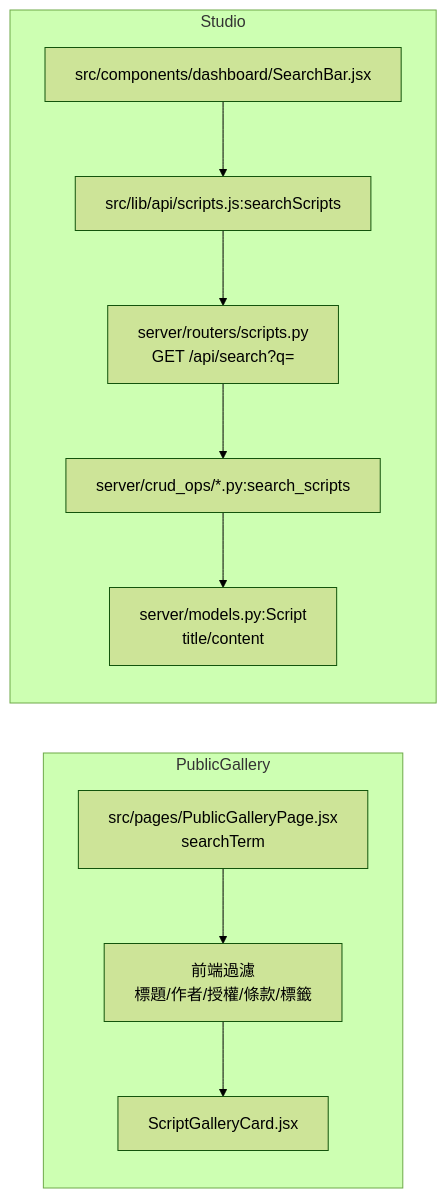
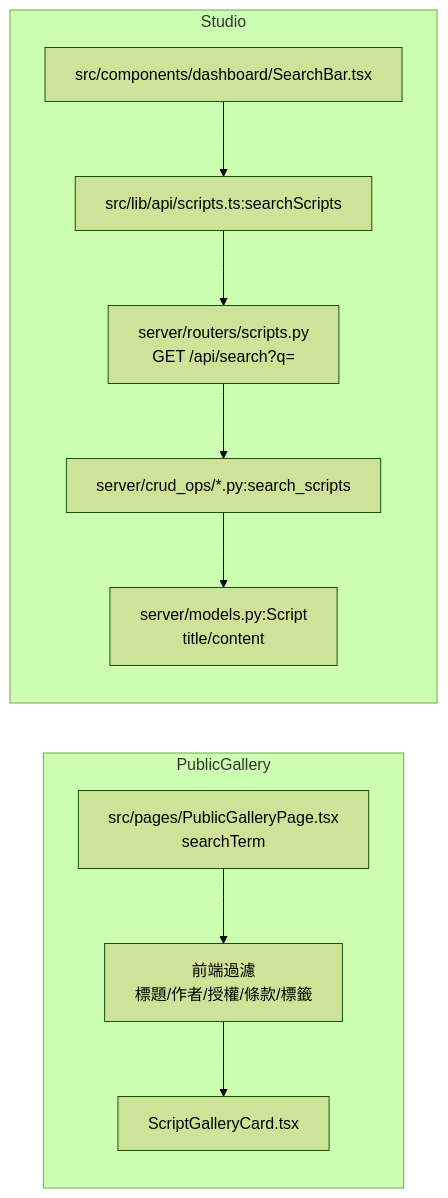
The tenth of 15 diagrams in docs/product/data-flows.md (Shawn-csy/write_project), drawn with Mermaid (forest theme) before and after one commit. The commit also changed other lines of this file and 34 other files, not shown here.

````diff
--- a/docs/product/data-flows.md
+++ b/docs/product/data-flows.md
@@ -168,13 +168,13 @@
 ```mermaid
 flowchart LR
   subgraph PublicGallery
-    A[src/pages/PublicGalleryPage.jsx\nsearchTerm] --> B[前端過濾\n標題/作者/授權/條款/標籤]
-    B --> C[ScriptGalleryCard.jsx]
+    A[src/pages/PublicGalleryPage.tsx\nsearchTerm] --> B[前端過濾\n標題/作者/授權/條款/標籤]
+    B --> C[ScriptGalleryCard.tsx]
   end
   subgraph Studio
-    D[src/components/dashboard/SearchBar.jsx] --> E[src/lib/api/scripts.js:searchScripts]
+    D[src/components/dashboard/SearchBar.tsx] --> E[src/lib/api/scripts.ts:searchScripts]
     E --> F[server/routers/scripts.py\nGET /api/search?q=]
     F --> G[server/crud_ops/*.py:search_scripts]
     G --> H[server/models.py:Script\ntitle/content]
   end
 ```
````
